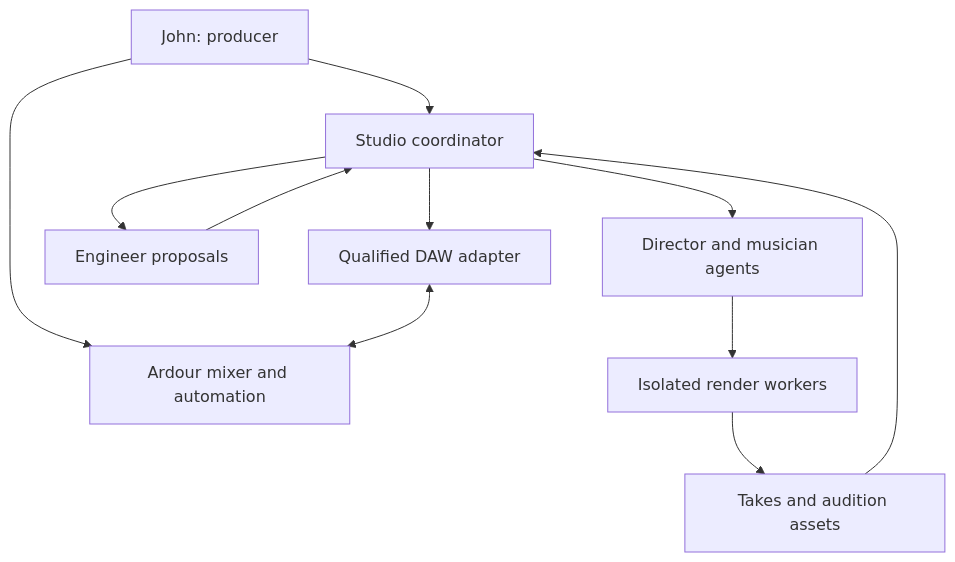
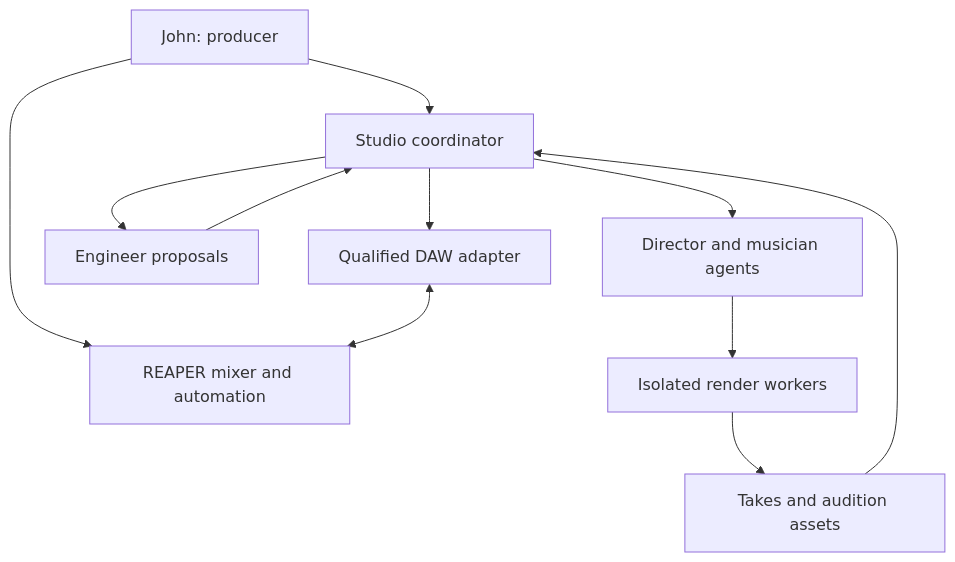
The diagram in SPEC.md (cotyledonlab/llm-studio), drawn with Mermaid before and after one commit. The commit also changed other lines of this file and 5 other files, not shown here.

First line of the commit message:
docs(architecture): pivot the studio to REAPER

````diff
--- a/SPEC.md
+++ b/SPEC.md
@@ -98,13 +98,13 @@
 ```mermaid
 flowchart TD
-  P["John: producer"] --> D["Ardour mixer and automation"]
+  P["John: producer"] --> D["REAPER mixer and automation"]
   P --> C["Studio coordinator"]
   C --> A["Director and musician agents"]
   A --> W["Isolated render workers"]
   W --> T["Takes and audition assets"]
   T --> C
   C --> E["Engineer proposals"]
   E --> C
   C --> B["Qualified DAW adapter"]
   B <--> D
 ```
````
